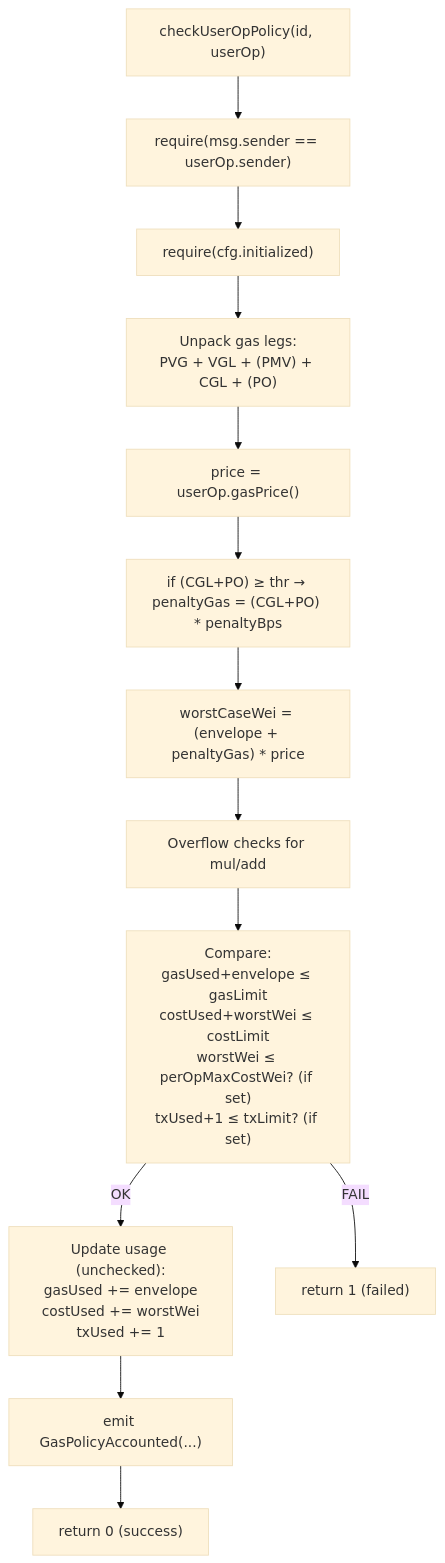
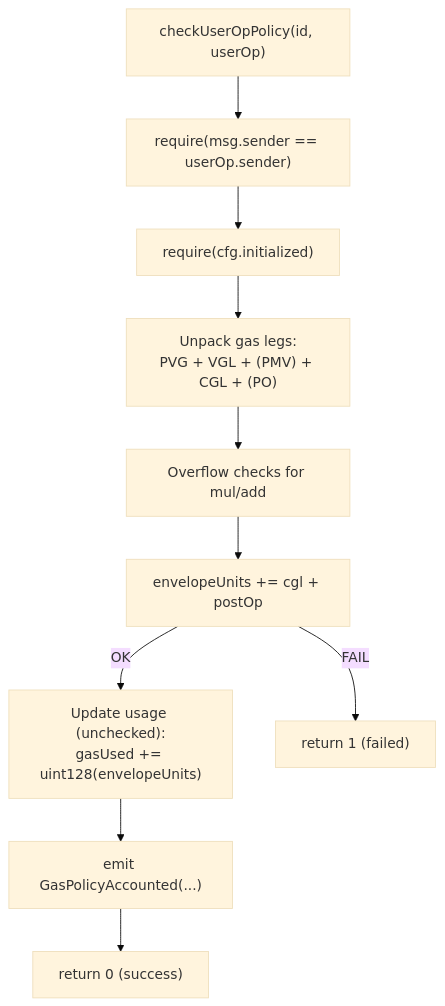
One commit to openfort-xyz/openfort-7702-account changed the fifth of 5 diagrams in docs/GasPolicy.md. Above: the diagram before and after it, drawn with Mermaid (base theme). The commit also changed other lines of this file and 3 other files, not shown here.

````diff
--- a/docs/GasPolicy.md
+++ b/docs/GasPolicy.md
@@ -136,20 +118,17 @@
 ```mermaid
 flowchart TD
   Start["checkUserOpPolicy(id, userOp)"]
   Sender["require(msg.sender == userOp.sender)"]
   Init["require(cfg.initialized)"]
   Unpack["Unpack gas legs:<br/>PVG + VGL + (PMV) + CGL + (PO)"]
-  Price["price = userOp.gasPrice()"]
-  Penalty["if (CGL+PO) ≥ thr → penaltyGas = (CGL+PO) * penaltyBps"]
-  WorstWei["worstCaseWei = (envelope + penaltyGas) * price"]
-  Guards["Compare:<br/>gasUsed+envelope ≤ gasLimit<br/>costUsed+worstWei ≤ costLimit<br/>worstWei ≤ perOpMaxCostWei? (if set)<br/>txUsed+1 ≤ txLimit? (if set)"]
+  Guards["envelopeUnits += cgl + postOp"]
   Overflow["Overflow checks for mul/add"]
-  Account["Update usage (unchecked):<br/>gasUsed += envelope<br/>costUsed += worstWei<br/>txUsed += 1"]
+  Account["Update usage (unchecked):<br/>gasUsed += uint128(envelopeUnits)"]
   Emit["emit GasPolicyAccounted(...)"]
   Ok["return 0 (success)"]
   Fail["return 1 (failed)"]
 
-  Start --> Sender --> Init --> Unpack --> Price --> Penalty --> WorstWei --> Overflow --> Guards
+  Start --> Sender --> Init --> Unpack --> Overflow --> Guards
   Guards -- OK --> Account --> Emit --> Ok
   Guards -- FAIL --> Fail
 ```
````
